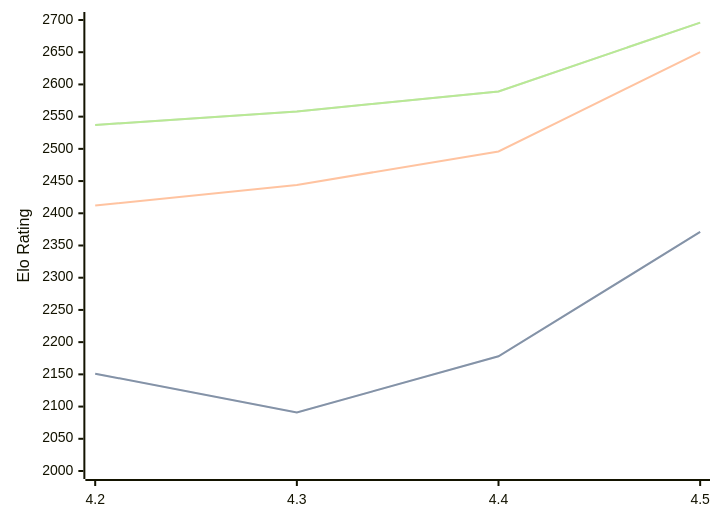
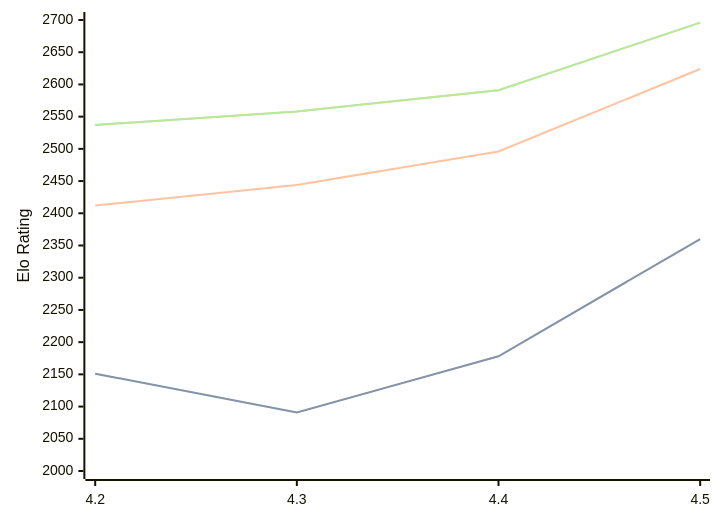
Before and after one commit to computer-chess-index/cci: the third of 3 diagrams in engines/Eubos.md, drawn with Mermaid. The commit also changed other lines of this file, not shown here.

Commit message:
Update CCI Ratings (ELO VLTC) - 2026-06-16

````diff
--- a/engines/Eubos.md
+++ b/engines/Eubos.md
@@ -123,11 +123,11 @@
 ```mermaid
 %%{init: {"theme":"base","themeVariables":{"seriesColors:['#a3a3a3','#222221','#faa371']}}}%%
 xychart-beta
   x-axis ["4.2", "4.3", "4.4", "4.5"]
   y-axis "Elo Rating" 2000 --> 2700
-  line "STC (8.0+0.08s)" [2151, 2091, 2178, 2371]
-  line "STC (8.0+0.08s)" [2151, 2091, 2178, 2371]
-  line "LTC (60.0+0.60s)" [2412, 2444, 2496, 2650]
-  line "VLTC (2m24s+1.12s)" [2537, 2558, 2589, 2696]
-  line "VLTC (2m24s+1.12s)" [2537, 2558, 2589, 2696]
+  line "STC (8.0+0.08s)" [2151, 2091, 2178, 2360]
+  line "STC (8.0+0.08s)" [2151, 2091, 2178, 2360]
+  line "LTC (60.0+0.60s)" [2412, 2444, 2496, 2624]
+  line "VLTC (2m24s+1.12s)" [2537, 2558, 2591, 2696]
+  line "VLTC (2m24s+1.12s)" [2537, 2558, 2591, 2696]
 ```
````
